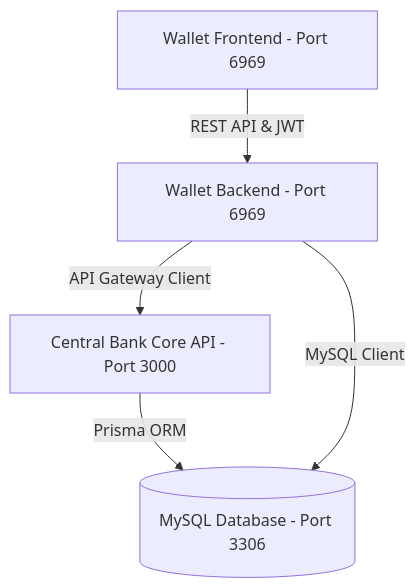
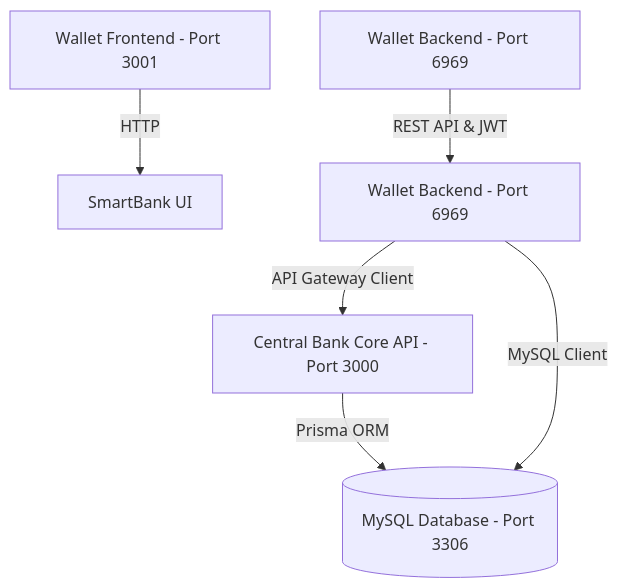
One commit to smartbank-rpl2/integration changed the diagram in README.md. Above: the diagram before and after it, drawn with Mermaid. The commit also changed other lines of this file, not shown here.

Commit message:
docs: update README with frontend guide, seed accounts, and latest usage instructions

````diff
--- a/README.md
+++ b/README.md
@@ -14,8 +296,9 @@
 ```mermaid
 graph TD
-    Client[Wallet Frontend - Port 6969] -->|REST API & JWT| WalletBackend[Wallet Backend - Port 6969]
+    Client[Wallet Frontend - Port 3001] -->|HTTP| WalletUI[SmartBank UI]
+    Client2[Wallet Backend - Port 6969] -->|REST API & JWT| WalletBackend[Wallet Backend - Port 6969]
     WalletBackend -->|API Gateway Client| CBCore[Central Bank Core API - Port 3000]
     
     CBCore -->|Prisma ORM| MySQL[(MySQL Database - Port 3306)]
     WalletBackend -->|MySQL Client| MySQL
 ```
````
